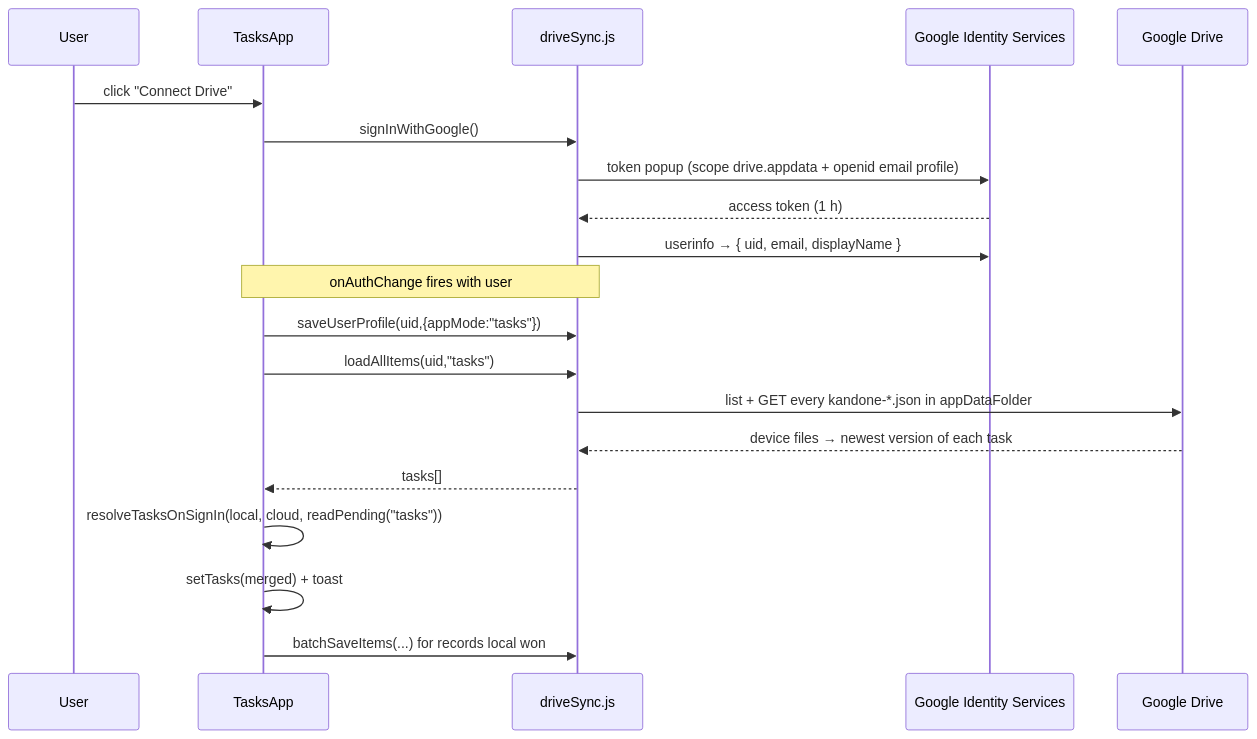
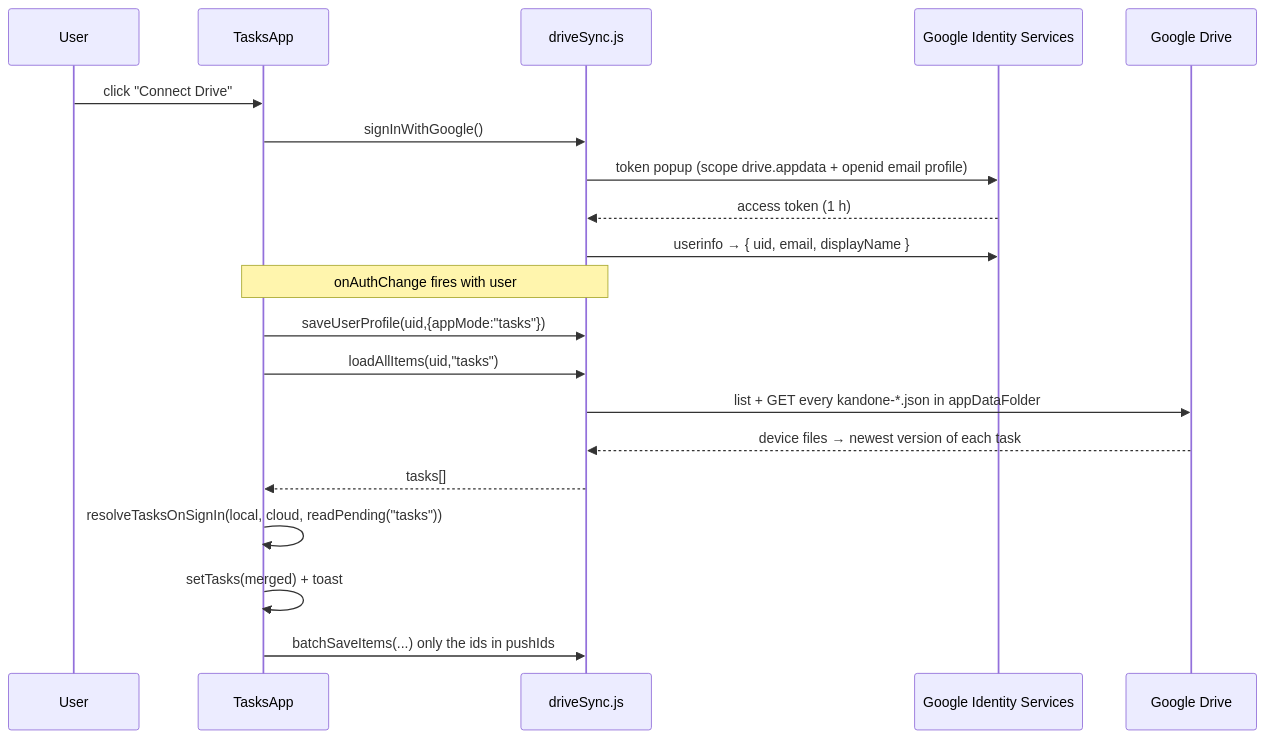
Before and after one commit to joka-7/KanDOne: the fifth of 6 diagrams in docs/HLD.md, drawn with Mermaid. The commit also changed other lines of this file and 3 other files, not shown here.

````diff
--- a/docs/HLD.md
+++ b/docs/HLD.md
@@ -306,23 +307,23 @@
 ```mermaid
 sequenceDiagram
     participant U as User
     participant T as TasksApp
     participant FB as driveSync.js
     participant AUTH as Google Identity Services
     participant FS as Google Drive
 
     U->>T: click "Connect Drive"
     T->>FB: signInWithGoogle()
     FB->>AUTH: token popup (scope drive.appdata + openid email profile)
     AUTH-->>FB: access token (1 h)
     FB->>AUTH: userinfo → { uid, email, displayName }
     Note over T,FB: onAuthChange fires with user
     T->>FB: saveUserProfile(uid,{appMode:"tasks"})
     T->>FB: loadAllItems(uid,"tasks")
     FB->>FS: list + GET every kandone-*.json in appDataFolder
     FS-->>FB: device files → newest version of each task
     FB-->>T: tasks[]
     T->>T: resolveTasksOnSignIn(local, cloud, readPending("tasks"))
     T->>T: setTasks(merged) + toast
-    T->>FB: batchSaveItems(...) for records local won
+    T->>FB: batchSaveItems(...) only the ids in pushIds
 ```
````
